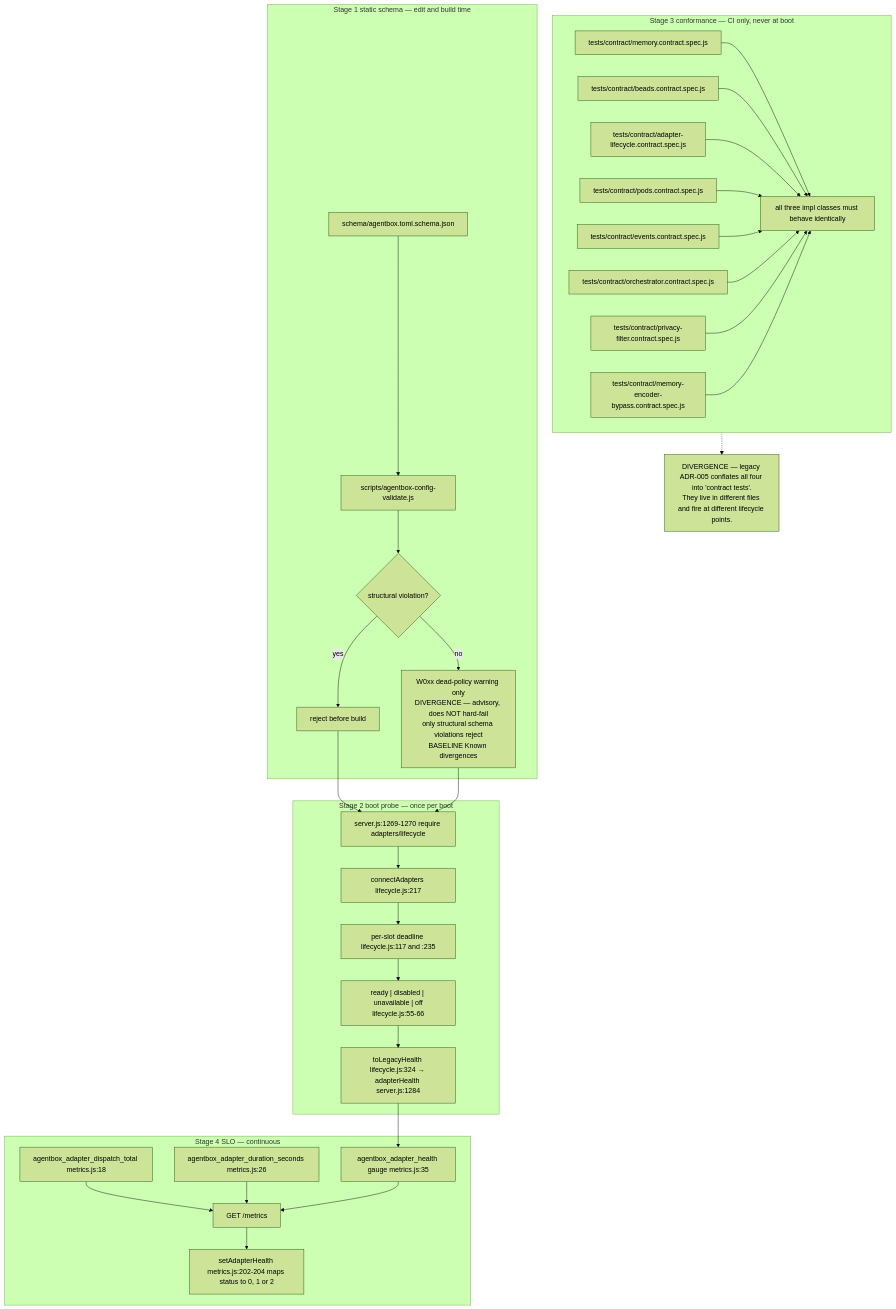
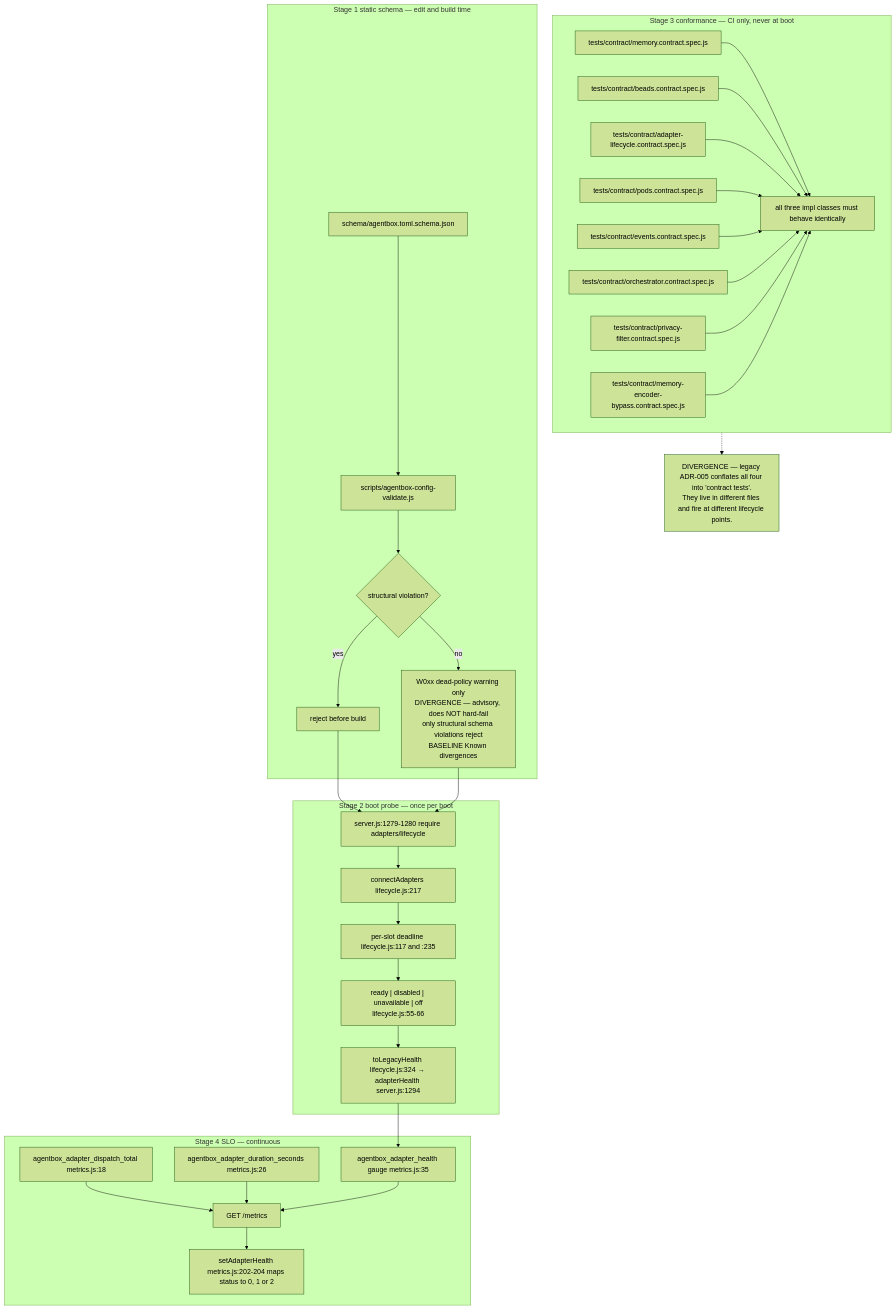
Before and after one commit to DreamLab-AI/VisionFlow: diagram 14 of 15 in docs/diagrams/agentbox/04-adapter-spine.md, drawn with Mermaid (forest theme). The commit also changed other lines of this file and 94 other files, not shown here.

First line of the commit message:
docs(diagrams): re-verify 130 topics against 2 October HEADs

````diff
--- a/docs/diagrams/agentbox/04-adapter-spine.md
+++ b/docs/diagrams/agentbox/04-adapter-spine.md
@@ -587,35 +587,35 @@
 ```mermaid
 flowchart TD
     subgraph S1["Stage 1 static schema — edit and build time"]
         A1["schema/agentbox.toml.schema.json"] --> A2["scripts/agentbox-config-validate.js"]
         A2 --> A3{"structural violation?"}
         A3 -->|yes| A4["reject before build"]
         A3 -->|"no"| A5["W0xx dead-policy warning only<br/>DIVERGENCE — advisory, does NOT hard-fail<br/>only structural schema violations reject<br/>BASELINE Known divergences"]
     end
     subgraph S2["Stage 2 boot probe — once per boot"]
-        B1["server.js:1269-1270 require adapters/lifecycle"] --> B2["connectAdapters lifecycle.js:217"]
+        B1["server.js:1279-1280 require adapters/lifecycle"] --> B2["connectAdapters lifecycle.js:217"]
         B2 --> B3["per-slot deadline lifecycle.js:117 and :235"]
         B3 --> B4["ready | disabled | unavailable | off<br/>lifecycle.js:55-66"]
-        B4 --> B5["toLegacyHealth lifecycle.js:324 → adapterHealth server.js:1284"]
+        B4 --> B5["toLegacyHealth lifecycle.js:324 → adapterHealth server.js:1294"]
     end
     subgraph S3["Stage 3 conformance — CI only, never at boot"]
         C1["tests/contract/memory.contract.spec.js"] --> C4["all three impl classes must behave identically"]
         C2["tests/contract/beads.contract.spec.js"] --> C4
         C3["tests/contract/adapter-lifecycle.contract.spec.js"] --> C4
         C5["tests/contract/pods.contract.spec.js"] --> C4
         C6["tests/contract/events.contract.spec.js"] --> C4
         C7["tests/contract/orchestrator.contract.spec.js"] --> C4
         C8["tests/contract/privacy-filter.contract.spec.js"] --> C4
         C9["tests/contract/memory-encoder-bypass.contract.spec.js"] --> C4
     end
     subgraph S4["Stage 4 SLO — continuous"]
         D1["agentbox_adapter_dispatch_total metrics.js:18"] --> D4["GET /metrics"]
         D2["agentbox_adapter_duration_seconds metrics.js:26"] --> D4
         D3["agentbox_adapter_health gauge metrics.js:35"] --> D4
         D4 --> D5["setAdapterHealth metrics.js:202-204 maps status to 0, 1 or 2"]
     end
     A4 --> B1
     A5 --> B1
     B5 --> D3
     S3 -.-> NOTE["DIVERGENCE — legacy ADR-005 conflates all four into 'contract tests'.<br/>They live in different files and fire at different lifecycle points."]
 ```
````
